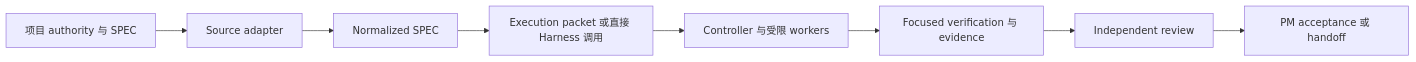
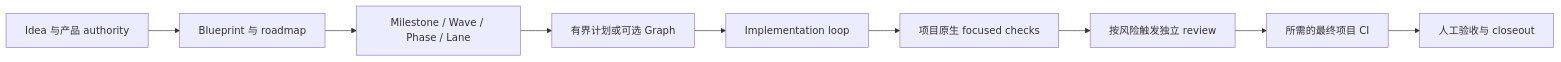
One commit to JoeKeepGo/SAGE-Kit changed the diagram in README.zh-CN.md. Above: the diagram before and after it, drawn with Mermaid. The commit also changed other lines of this file and 323 other files, not shown here.

````diff
--- a/README.zh-CN.md
+++ b/README.zh-CN.md
@@ -31,10 +17,11 @@
 ```mermaid
 flowchart LR
-  A["项目 authority 与 SPEC"] --> B["Source adapter"]
-  B --> C["Normalized SPEC"]
-  C --> D["Execution packet 或直接 Harness 调用"]
-  D --> E["Controller 与受限 workers"]
-  E --> F["Focused verification 与 evidence"]
-  F --> G["Independent review"]
-  G --> H["PM acceptance 或 handoff"]
+  A["Idea 与产品 authority"] --> B["Blueprint 与 roadmap"]
+  B --> C["Milestone / Wave / Phase / Lane"]
+  C --> D["有界计划或可选 Graph"]
+  D --> E["Implementation loop"]
+  E --> F["项目原生 focused checks"]
+  F --> G["按风险触发独立 review"]
+  G --> H["所需的最终项目 CI"]
+  H --> I["人工验收与 closeout"]
 ```
````
